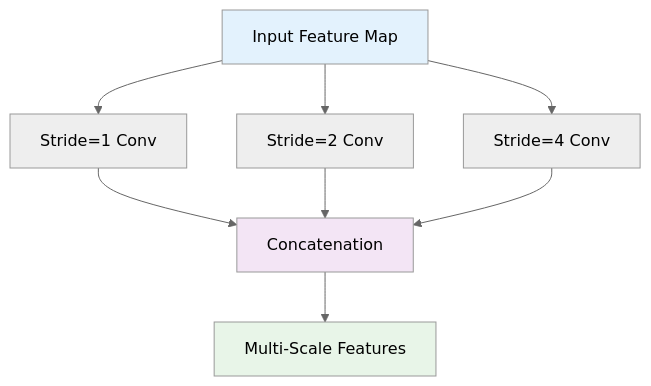
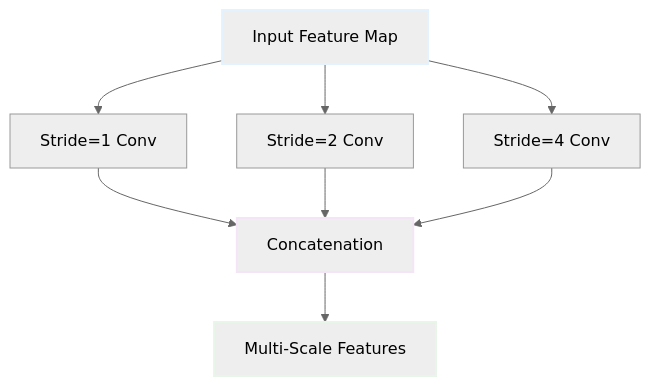
One commit to c0z0c/sprint_mission changed the first of 3 diagrams in 스터디/IS_04_sampling_techniques.md. Above: the diagram before and after it, drawn with Mermaid (neutral theme). The commit also changed other lines of this file and 14 other files, not shown here.

````diff
--- a/스터디/IS_04_sampling_techniques.md
+++ b/스터디/IS_04_sampling_techniques.md
@@ -132,14 +132,14 @@
 ```mermaid
 graph TB
     A["Input Feature Map"] --> B["Stride=1 Conv"]
     A --> C["Stride=2 Conv"]
     A --> D["Stride=4 Conv"]
     B --> E["Concatenation"]
     C --> E
     D --> E
     E --> F["Multi-Scale Features"]
     
-    style A fill:#e3f2fd
-    style E fill:#f3e5f5
-    style F fill:#e8f5e8
+    style A stroke-width:2px,stroke:#e3f2fd
+    style E stroke-width:2px,stroke:#f3e5f5
+    style F stroke-width:2px,stroke:#e8f5e8
 ```
````
